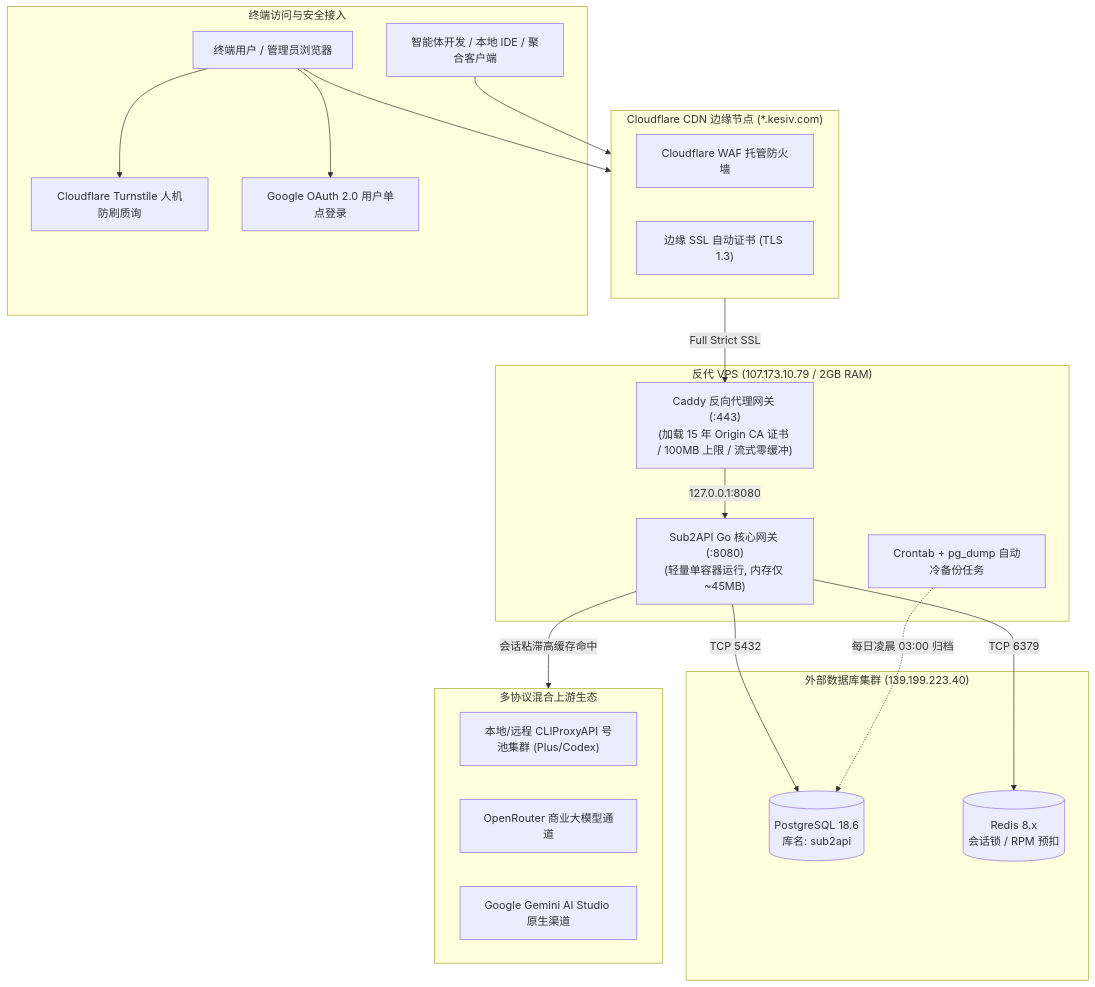
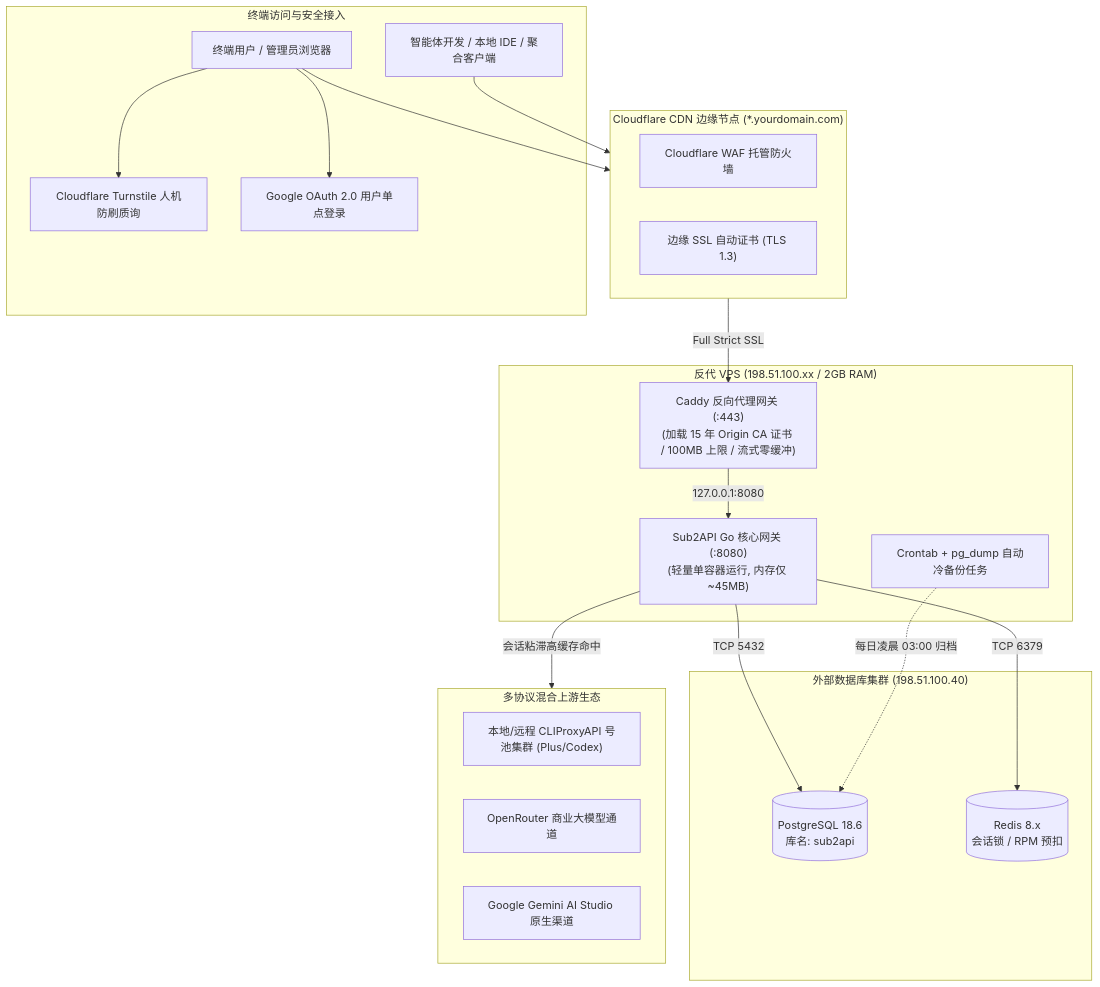
The diagram in docs/source/courses/ai_reverse_proxy_and_account_pool/stage8_sub2api_gateway_and_cpa_aggregation/index.md (ponyletter/py310sphinx_knowledge), drawn with Mermaid before and after one commit. The commit also changed 367 other files, not shown here.

````diff
--- a/docs/source/courses/ai_reverse_proxy_and_account_pool/stage8_sub2api_gateway_and_cpa_aggregation/index.md
+++ b/docs/source/courses/ai_reverse_proxy_and_account_pool/stage8_sub2api_gateway_and_cpa_aggregation/index.md
@@ -15,42 +15,42 @@
 ```{mermaid}
 flowchart TD
     subgraph ClientAccess [终端访问与安全接入]
         ClientWeb["终端用户 / 管理员浏览器"]
         ClientIDE["智能体开发 / 本地 IDE / 聚合客户端"]
         CFTurnstile["Cloudflare Turnstile 人机防刷质询"]
         GoogleSSO["Google OAuth 2.0 用户单点登录"]
     end
 
-    subgraph EdgeProxy ["Cloudflare CDN 边缘节点 (*.kesiv.com)"]
+    subgraph EdgeProxy ["Cloudflare CDN 边缘节点 (*.yourdomain.com)"]
         CFWAF["Cloudflare WAF 托管防火墙"]
         CFEdgeSSL["边缘 SSL 自动证书 (TLS 1.3)"]
     end
 
-    subgraph HostServer ["反代 VPS (107.173.10.79 / 2GB RAM)"]
+    subgraph HostServer ["反代 VPS (198.51.100.xx / 2GB RAM)"]
         CaddyMesh["Caddy 反向代理网关 (:443)<br/>(加载 15 年 Origin CA 证书 / 100MB 上限 / 流式零缓冲)"]
         Sub2APIApp["Sub2API Go 核心网关 (:8080)<br/>(轻量单容器运行, 内存仅 ~45MB)"]
         CronBackup["Crontab + pg_dump 自动冷备份任务"]
     end
 
-    subgraph StorageCluster ["外部数据库集群 (139.199.223.40)"]
+    subgraph StorageCluster ["外部数据库集群 (198.51.100.40)"]
         PGDB[("PostgreSQL 18.6<br/>库名: sub2api")]
         RedisCache[("Redis 8.x<br/>会话锁 / RPM 预扣")]
     end
 
     subgraph MultiUpstreams ["多协议混合上游生态"]
         CPACluster["本地/远程 CLIProxyAPI 号池集群 (Plus/Codex)"]
         ORGateway["OpenRouter 商业大模型通道"]
         GoogleStudio["Google Gemini AI Studio 原生渠道"]
     end
 
     ClientWeb --> CFTurnstile
     ClientWeb --> GoogleSSO
     ClientWeb --> EdgeProxy
     ClientIDE --> EdgeProxy
     EdgeProxy -->|Full Strict SSL| CaddyMesh
     CaddyMesh -->|127.0.0.1:8080| Sub2APIApp
     Sub2APIApp -->|TCP 5432| PGDB
     Sub2APIApp -->|TCP 6379| RedisCache
     Sub2APIApp -->|会话粘滞高缓存命中| MultiUpstreams
     CronBackup -.->|每日凌晨 03:00 归档| PGDB
 ```
````
